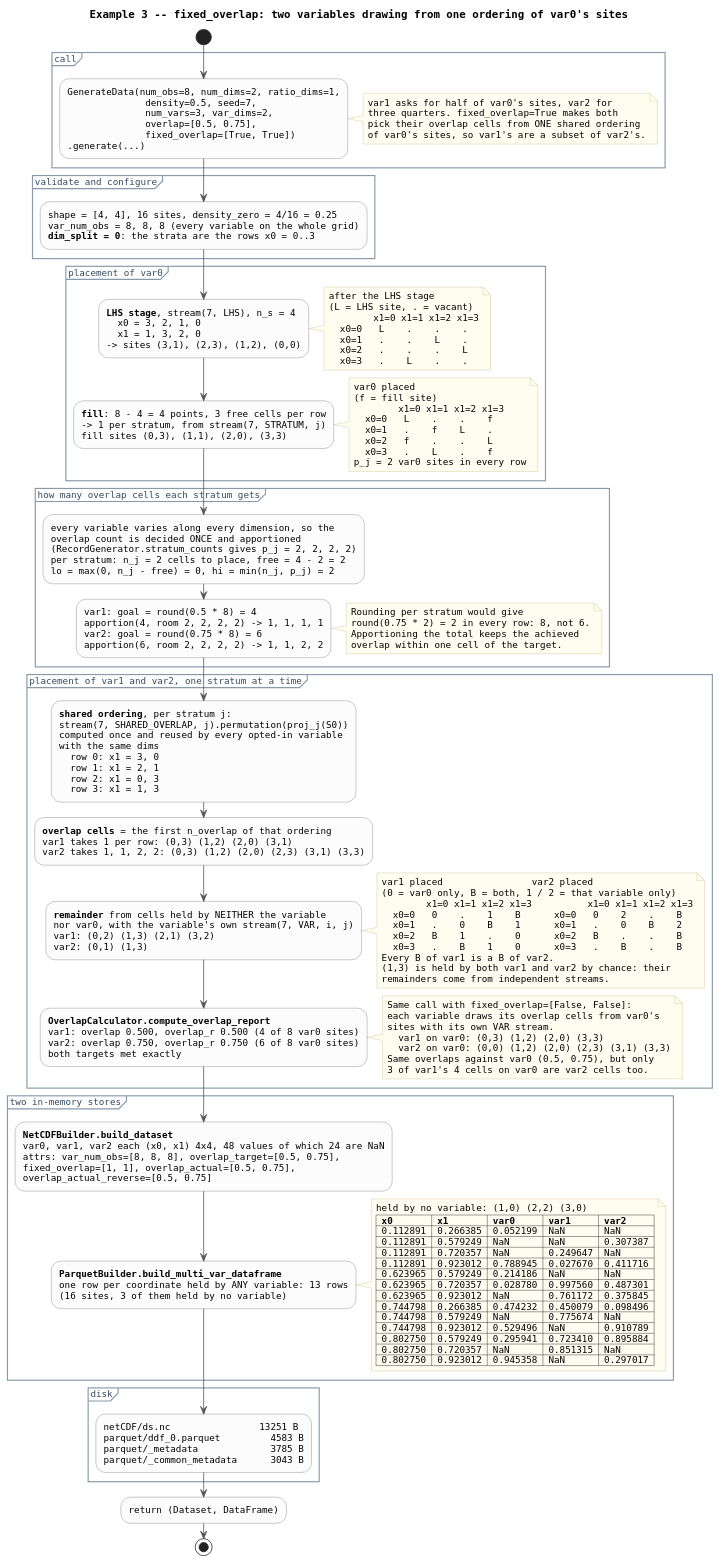
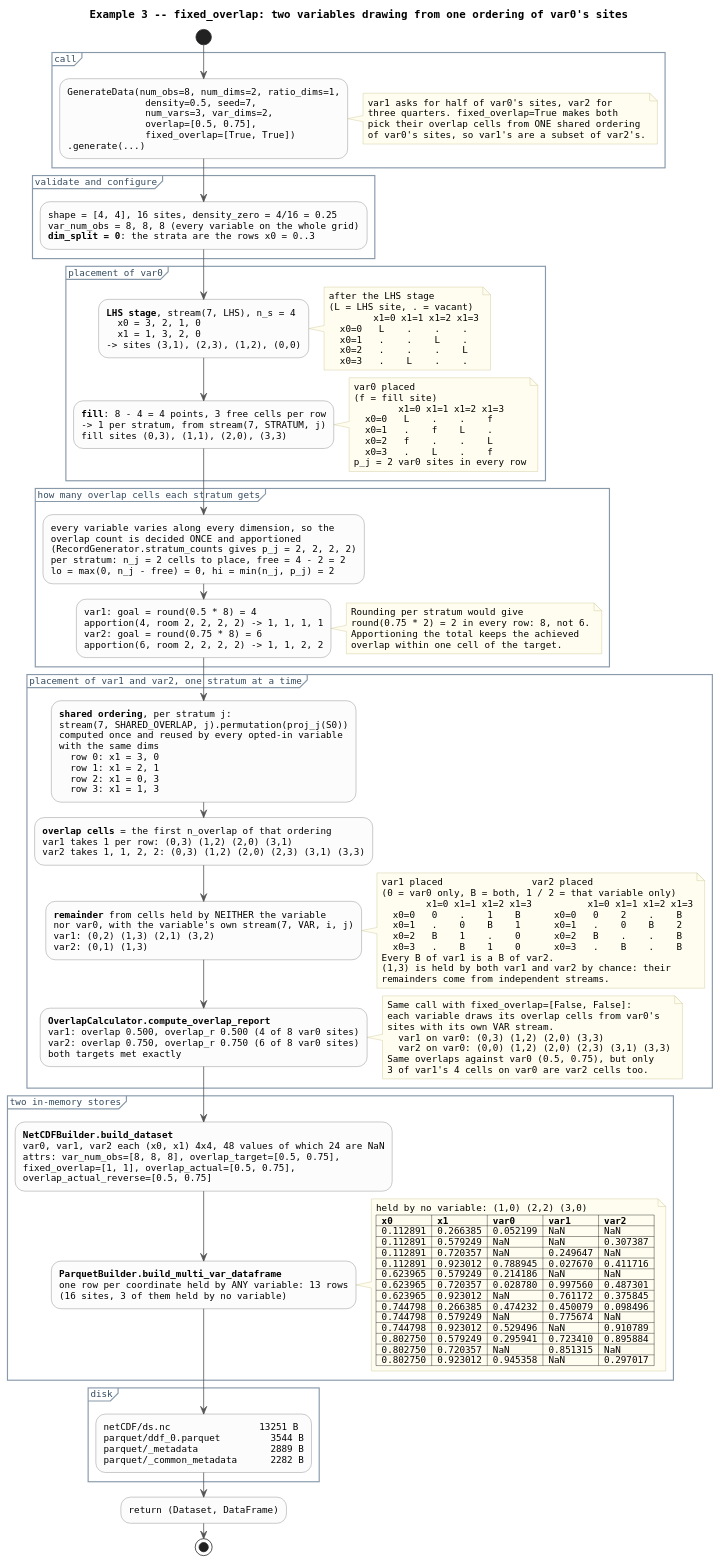
The diagram in docs/dataflow_example_fixed_overlap.puml (boom-lab/tabray), drawn with PlantUML before and after one commit. The commit also changed 6 other files, not shown here.

```diff
--- a/docs/dataflow_example_fixed_overlap.puml
+++ b/docs/dataflow_example_fixed_overlap.puml
@@ -1,184 +1,184 @@
 @startuml dataflow_example_fixed_overlap
 ' Worked example: three variables on a 4x4 grid, two of them opted in to
 ' fixed_overlap. Every number here is from an actual run of this call.
 ' Grids: rows x0, columns x1, in index space.
 ' Render: plantuml docs/dataflow_example_fixed_overlap.puml
 
 title Example 3 -- fixed_overlap: two variables drawing from one ordering of var0's sites
 
 skinparam shadowing false
 skinparam defaultFontName Monospaced
 skinparam defaultFontSize 12
 skinparam ArrowColor #555555
 skinparam activity {
   BackgroundColor #FCFCFC
   BorderColor #777777
   DiamondBackgroundColor #F2F2F2
 }
 skinparam partition {
   BorderColor #8899AA
   FontColor #33495E
 }
 skinparam note {
   BackgroundColor #FFFDF0
   BorderColor #C8C08A
 }
 
 start
 
 partition "call" {
   :GenerateData(num_obs=8, num_dims=2, ratio_dims=1,
                 density=0.5, seed=7,
                 num_vars=3, var_dims=2,
                 overlap=[0.5, 0.75],
                 fixed_overlap=[True, True])
   .generate(...);
   note right
     var1 asks for half of var0's sites, var2 for
     three quarters. fixed_overlap=True makes both
     pick their overlap cells from ONE shared ordering
     of var0's sites, so var1's are a subset of var2's.
   end note
 }
 
 partition "validate and configure" {
   :shape = [4, 4], 16 sites, density_zero = 4/16 = 0.25
   var_num_obs = 8, 8, 8 (every variable on the whole grid)
   <b>dim_split = 0</b>: the strata are the rows x0 = 0..3;
 }
 
 partition "placement of var0" {
   :<b>LHS stage</b>, stream(7, LHS), n_s = 4
     x0 = 3, 2, 1, 0
     x1 = 1, 3, 2, 0
   -> sites (3,1), (2,3), (1,2), (0,0);
   note right
     after the LHS stage
     (L = LHS site, . = vacant)
             x1=0 x1=1 x1=2 x1=3
       x0=0   L    .    .    .
       x0=1   .    .    L    .
       x0=2   .    .    .    L
       x0=3   .    L    .    .
   end note
 
   :<b>fill</b>: 8 - 4 = 4 points, 3 free cells per row
   -> 1 per stratum, from stream(7, STRATUM, j)
   fill sites (0,3), (1,1), (2,0), (3,3);
   note right
     var0 placed
     (f = fill site)
             x1=0 x1=1 x1=2 x1=3
       x0=0   L    .    .    f
       x0=1   .    f    L    .
       x0=2   f    .    .    L
       x0=3   .    L    .    f
     p_j = 2 var0 sites in every row
   end note
 }
 
 partition "how many overlap cells each stratum gets" {
   :every variable varies along every dimension, so the
   overlap count is decided ONCE and apportioned
   (RecordGenerator.stratum_counts gives p_j = 2, 2, 2, 2)
   per stratum: n_j = 2 cells to place, free = 4 - 2 = 2
   lo = max(0, n_j - free) = 0, hi = min(n_j, p_j) = 2;
 
   :var1: goal = round(0.5 * 8) = 4
   apportion(4, room 2, 2, 2, 2) -> 1, 1, 1, 1
   var2: goal = round(0.75 * 8) = 6
   apportion(6, room 2, 2, 2, 2) -> 1, 1, 2, 2;
   note right
     Rounding per stratum would give
     round(0.75 * 2) = 2 in every row: 8, not 6.
     Apportioning the total keeps the achieved
     overlap within one cell of the target.
   end note
 }
 
 partition "placement of var1 and var2, one stratum at a time" {
   :<b>shared ordering</b>, per stratum j:
   stream(7, SHARED_OVERLAP, j).permutation(proj_j(S0))
   computed once and reused by every opted-in variable
   with the same dims
     row 0: x1 = 3, 0
     row 1: x1 = 2, 1
     row 2: x1 = 0, 3
     row 3: x1 = 1, 3;
 
   :<b>overlap cells</b> = the first n_overlap of that ordering
   var1 takes 1 per row: (0,3) (1,2) (2,0) (3,1)
   var2 takes 1, 1, 2, 2: (0,3) (1,2) (2,0) (2,3) (3,1) (3,3);
 
   :<b>remainder</b> from cells held by NEITHER the variable
   nor var0, with the variable's own stream(7, VAR, i, j)
   var1: (0,2) (1,3) (2,1) (3,2)
   var2: (0,1) (1,3);
   note right
     var1 placed                var2 placed
     (0 = var0 only, B = both, 1 / 2 = that variable only)
             x1=0 x1=1 x1=2 x1=3          x1=0 x1=1 x1=2 x1=3
       x0=0   0    .    1    B      x0=0   0    2    .    B
       x0=1   .    0    B    1      x0=1   .    0    B    2
       x0=2   B    1    .    0      x0=2   B    .    .    B
       x0=3   .    B    1    0      x0=3   .    B    .    B
     Every B of var1 is a B of var2.
     (1,3) is held by both var1 and var2 by chance: their
     remainders come from independent streams.
   end note
 
   :<b>OverlapCalculator.compute_overlap_report</b>
   var1: overlap 0.500, overlap_r 0.500 (4 of 8 var0 sites)
   var2: overlap 0.750, overlap_r 0.750 (6 of 8 var0 sites)
   both targets met exactly;
   note right
     Same call with fixed_overlap=[False, False]:
     each variable draws its overlap cells from var0's
     sites with its own VAR stream.
       var1 on var0: (0,3) (1,2) (2,0) (3,3)
       var2 on var0: (0,0) (1,2) (2,0) (2,3) (3,1) (3,3)
     Same overlaps against var0 (0.5, 0.75), but only
     3 of var1's 4 cells on var0 are var2 cells too.
   end note
 }
 
 partition "two in-memory stores" {
   :<b>NetCDFBuilder.build_dataset</b>
   var0, var1, var2 each (x0, x1) 4x4, 48 values of which 24 are NaN
   attrs: var_num_obs=[8, 8, 8], overlap_target=[0.5, 0.75],
   fixed_overlap=[1, 1], overlap_actual=[0.5, 0.75],
   overlap_actual_reverse=[0.5, 0.75];
 
   :<b>ParquetBuilder.build_multi_var_dataframe</b>
   one row per coordinate held by ANY variable: 13 rows
   (16 sites, 3 of them held by no variable);
   note right
     held by no variable: (1,0) (2,2) (3,0)
     |= x0 |= x1 |= var0 |= var1 |= var2 |
     | 0.112891 | 0.266385 | 0.052199 | NaN | NaN |
     | 0.112891 | 0.579249 | NaN | NaN | 0.307387 |
     | 0.112891 | 0.720357 | NaN | 0.249647 | NaN |
     | 0.112891 | 0.923012 | 0.788945 | 0.027670 | 0.411716 |
     | 0.623965 | 0.579249 | 0.214186 | NaN | NaN |
     | 0.623965 | 0.720357 | 0.028780 | 0.997560 | 0.487301 |
     | 0.623965 | 0.923012 | NaN | 0.761172 | 0.375845 |
     | 0.744798 | 0.266385 | 0.474232 | 0.450079 | 0.098496 |
     | 0.744798 | 0.579249 | NaN | 0.775674 | NaN |
     | 0.744798 | 0.923012 | 0.529496 | NaN | 0.910789 |
     | 0.802750 | 0.579249 | 0.295941 | 0.723410 | 0.895884 |
     | 0.802750 | 0.720357 | NaN | 0.851315 | NaN |
     | 0.802750 | 0.923012 | 0.945358 | NaN | 0.297017 |
   end note
 }
 
 partition "disk" {
   :netCDF/ds.nc                13251 B
-  parquet/ddf_0.parquet         4583 B
-  parquet/_metadata             3785 B
-  parquet/_common_metadata      3043 B;
+  parquet/ddf_0.parquet         3544 B
+  parquet/_metadata             2889 B
+  parquet/_common_metadata      2282 B;
 }
 
 :return (Dataset, DataFrame);
 stop
 
 @enduml
```
